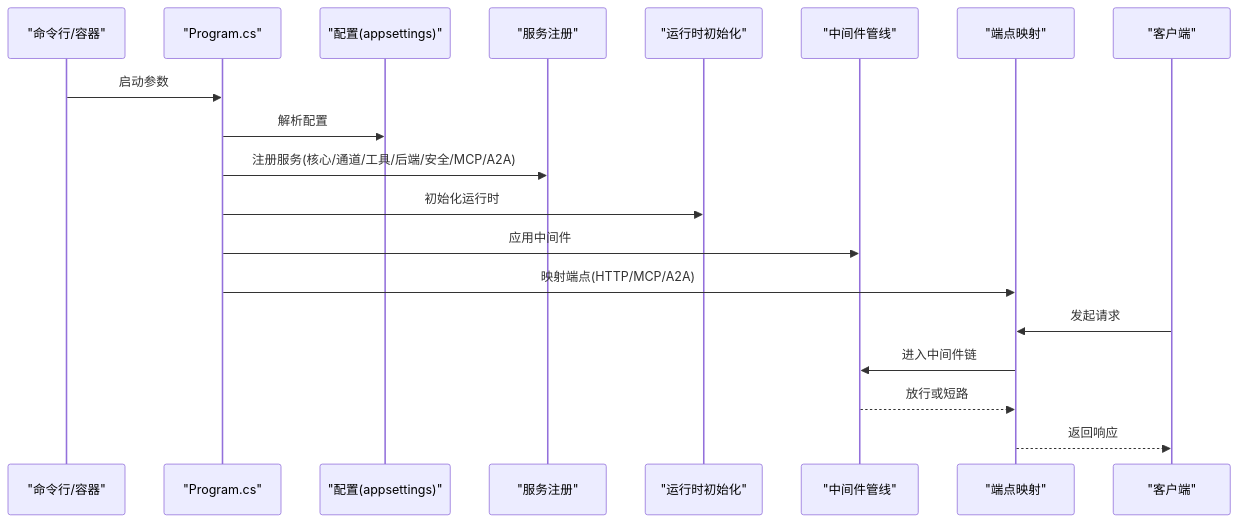
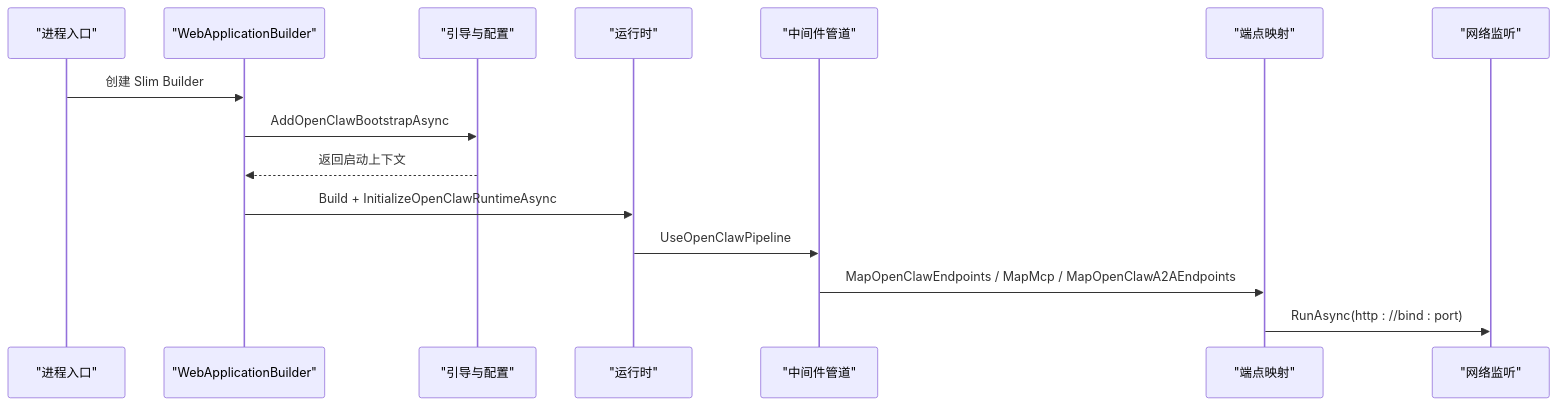
The second of 4 diagrams in .qoder/repowiki/zh/content/网关服务/网关服务.md (wayyet/kingcrab), drawn with Mermaid before and after one commit. The commit also changed other lines of this file and 173 other files, not shown here.

````diff
--- a/.qoder/repowiki/zh/content/网关服务/网关服务.md
+++ b/.qoder/repowiki/zh/content/网关服务/网关服务.md
@@ -77,21 +61,17 @@
 ```mermaid
 sequenceDiagram
-participant CLI as "命令行/容器"
-participant Prog as "Program.cs"
-participant Cfg as "配置(appsettings)"
-participant DI as "服务注册"
-participant RT as "运行时初始化"
-participant MW as "中间件管线"
-participant EP as "端点映射"
-participant CL as "客户端"
-CLI->>Prog : 启动参数
-Prog->>Cfg : 解析配置
-Prog->>DI : 注册服务(核心/通道/工具/后端/安全/MCP/A2A)
-Prog->>RT : 初始化运行时
-Prog->>MW : 应用中间件
-Prog->>EP : 映射端点(HTTP/MCP/A2A)
-CL->>EP : 发起请求
-EP->>MW : 进入中间件链
-MW-->>EP : 放行或短路
-EP-->>CL : 返回响应
+participant Proc as "进程入口"
+participant Builder as "WebApplicationBuilder"
+participant Boot as "引导与配置"
+participant Runtime as "运行时"
+participant Pipe as "中间件管道"
+participant Endp as "端点映射"
+participant Net as "网络监听"
+Proc->>Builder : 创建 Slim Builder
+Builder->>Boot : AddOpenClawBootstrapAsync
+Boot-->>Builder : 返回启动上下文
+Builder->>Runtime : Build + InitializeOpenClawRuntimeAsync
+Runtime->>Pipe : UseOpenClawPipeline
+Pipe->>Endp : MapOpenClawEndpoints / MapMcp / MapOpenClawA2AEndpoints
+Endp->>Net : RunAsync(http : //bind : port)
 ```
````
